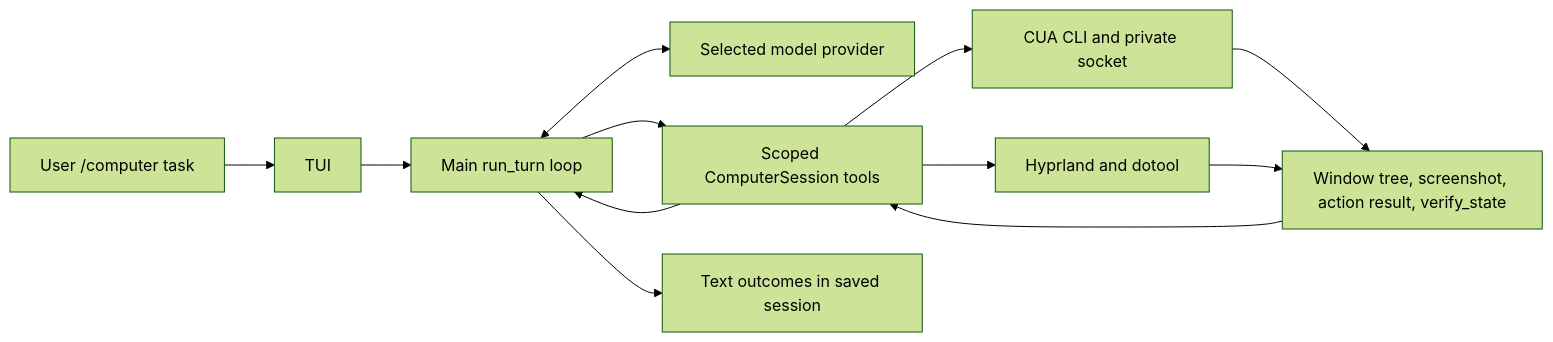
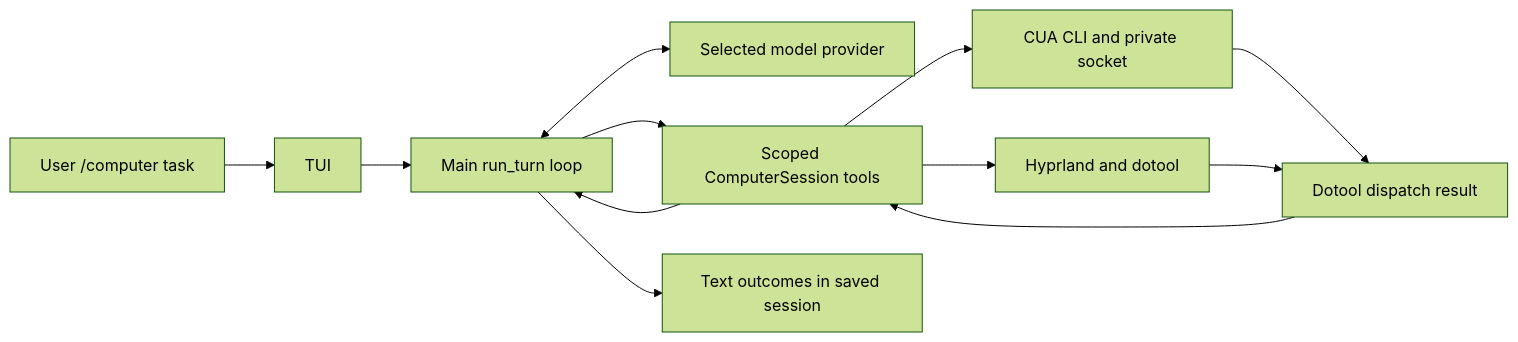
The diagram in src/docs/21-cua-main-loop.md (MetalCloth/mini-hermes), drawn with Mermaid (forest theme) before and after one commit. The commit also changed other lines of this file and 14 other files, not shown here.

````diff
--- a/src/docs/21-cua-main-loop.md
+++ b/src/docs/21-cua-main-loop.md
@@ -9,13 +9,13 @@
 ```mermaid
 flowchart LR
     U["User /computer task"] --> T["TUI"]
     T --> L["Main run_turn loop"]
     L <--> P["Selected model provider"]
     L --> S["Scoped ComputerSession tools"]
     S --> C["CUA CLI and private socket"]
     S --> D["Hyprland and dotool"]
-    C --> O["Window tree, screenshot, action result, verify_state"]
-    D --> O
+    C --> O["Window tree, screenshot, verify_state"]
+    D --> O["Dotool dispatch result"]
     O --> S --> L
     L --> H["Text outcomes in saved session"]
 ```
````
